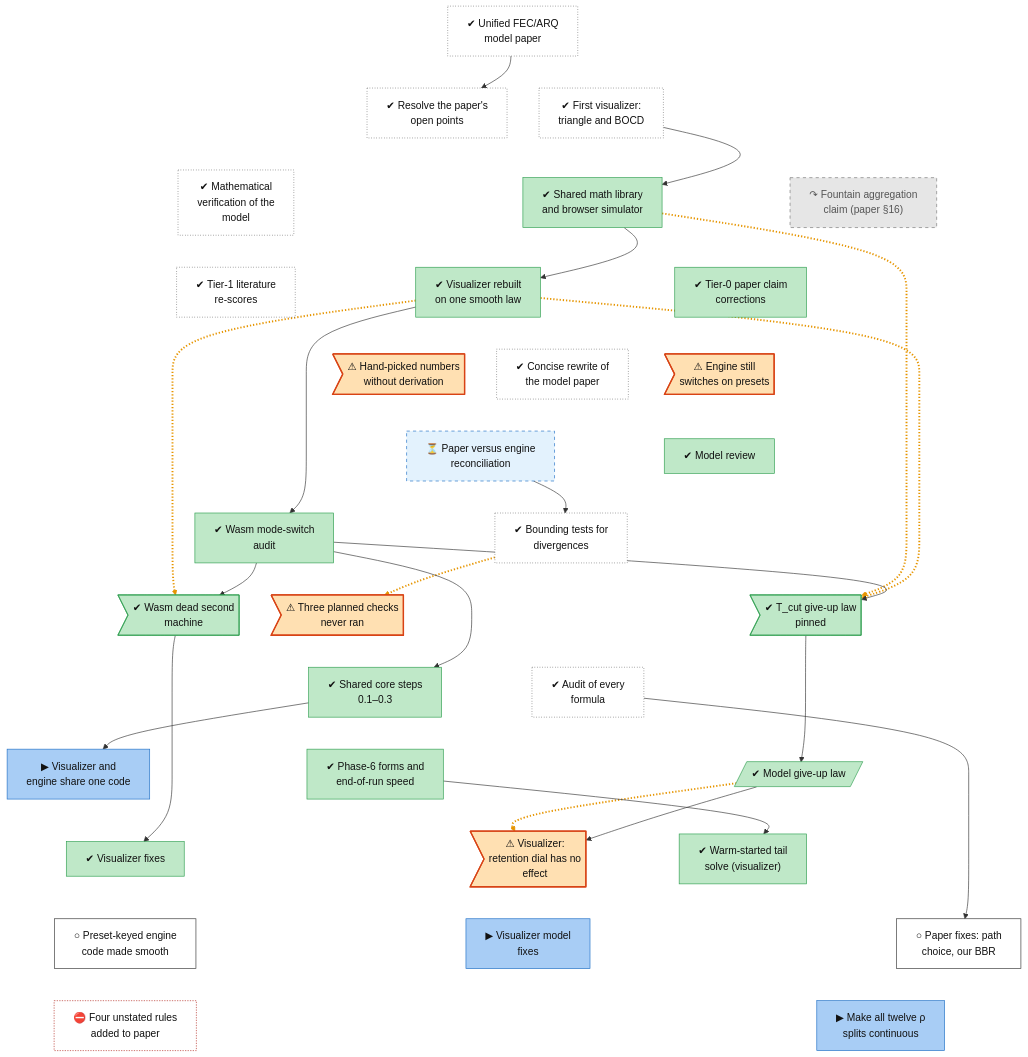
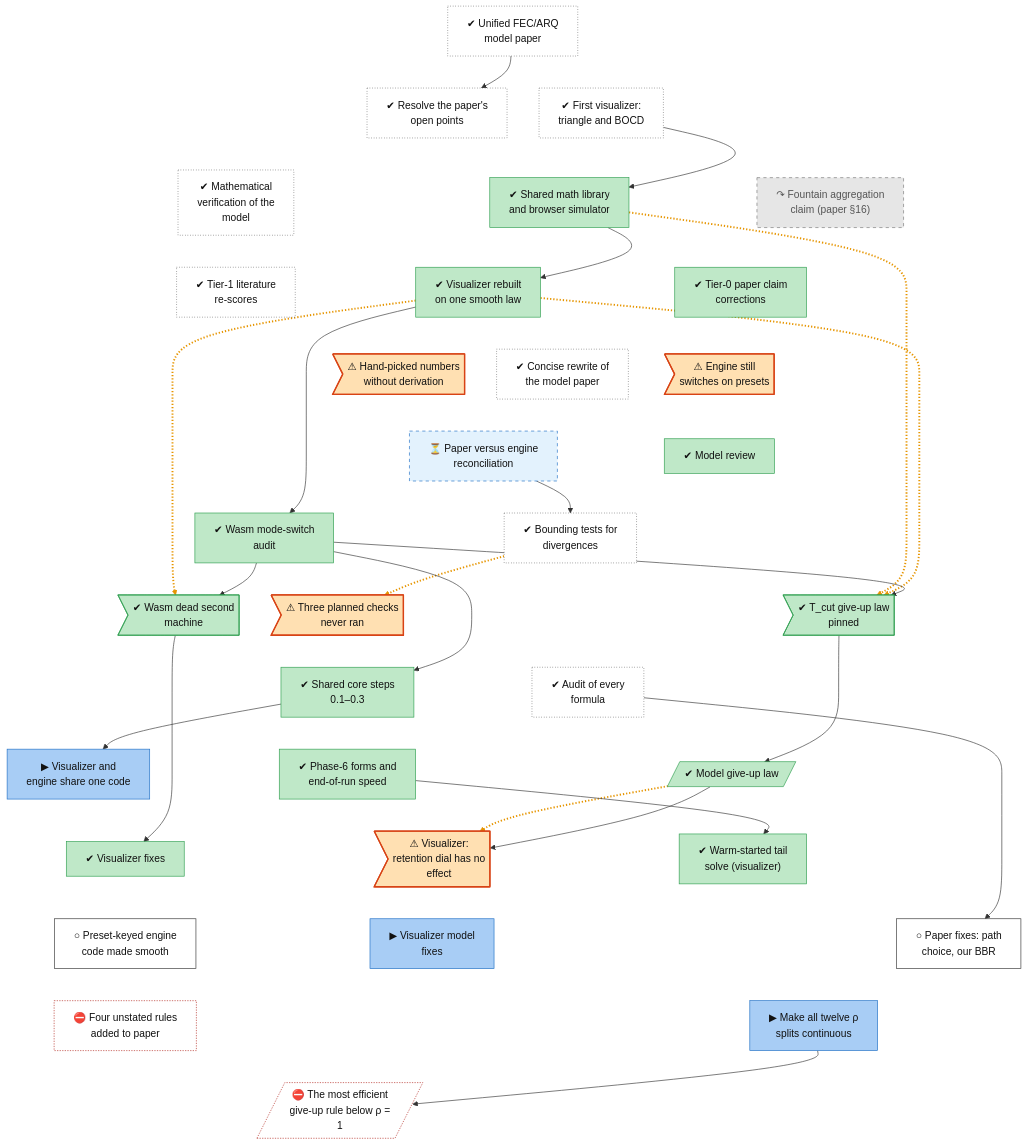
One commit to lhns/raptorpath changed the diagram in docs/roadmap/tracks/model.md. Above: the diagram before and after it, drawn with Mermaid. The commit also changed other lines of this file and 4 other files, not shown here.

````diff
--- a/docs/roadmap/tracks/model.md
+++ b/docs/roadmap/tracks/model.md
@@ -41,6 +41,7 @@
     model_fix_paper_p2["○ Paper fixes: path<br/>choice, our BBR"]
     model_fix_paper_p3["⛔ Four unstated rules<br/>added to paper"]
     model_rho_step_sites["▶ Make all twelve ρ<br/>splits continuous"]
+    model_skip_rule_efficiency[/"⛔ The most efficient<br/>give-up rule below ρ =<br/>1"/]
     model_paper_v1 ~~~ model_open_points
     model_paper_v1 ~~~ model_visualizer_v1
     model_open_points ~~~ model_wasm_l0
@@ -75,6 +76,8 @@
     model_fix_hint_keyed_paths ~~~ model_fix_paper_p3
     model_wasm_fixes ~~~ model_rho_step_sites
     model_fix_paper_p2 ~~~ model_rho_step_sites
+    model_fix_paper_p3 ~~~ model_skip_rule_efficiency
+    model_rho_step_sites ~~~ model_skip_rule_efficiency
     model_paper_v1 --> model_open_points
     model_visualizer_v1 --> model_wasm_l0
     model_wasm_l0 -.-> model_defect_tcut
@@ -94,7 +97,8 @@
     model_giveup_law --> model_defect_rho_inert
     model_endspeed --> model_warm_start
     model_law_ledger --> model_fix_paper_p2
-    linkStyle 36,38,39,41,48 stroke:#e69500,stroke-width:3px,stroke-dasharray:2 3
+    model_rho_step_sites --> model_skip_rule_efficiency
+    linkStyle 38,40,41,43,50 stroke:#e69500,stroke-width:3px,stroke-dasharray:2 3
     classDef vsucc fill:#2e9e4f,stroke:#1b6b34,color:#fff
     classDef succ fill:#bfe8c8,stroke:#2e9e4f,color:#111
     classDef mixed fill:#ffd37a,stroke:#c98a00,color:#111
@@ -115,5 +119,5 @@
     class model_paper_recon waiting
     class model_shared_core,model_wasm_fixes,model_rho_step_sites inprog
     class model_fix_hint_keyed_paths,model_fix_paper_p2 next
-    class model_fix_paper_p3 blocked
+    class model_fix_paper_p3,model_skip_rule_efficiency blocked
 ```
````
